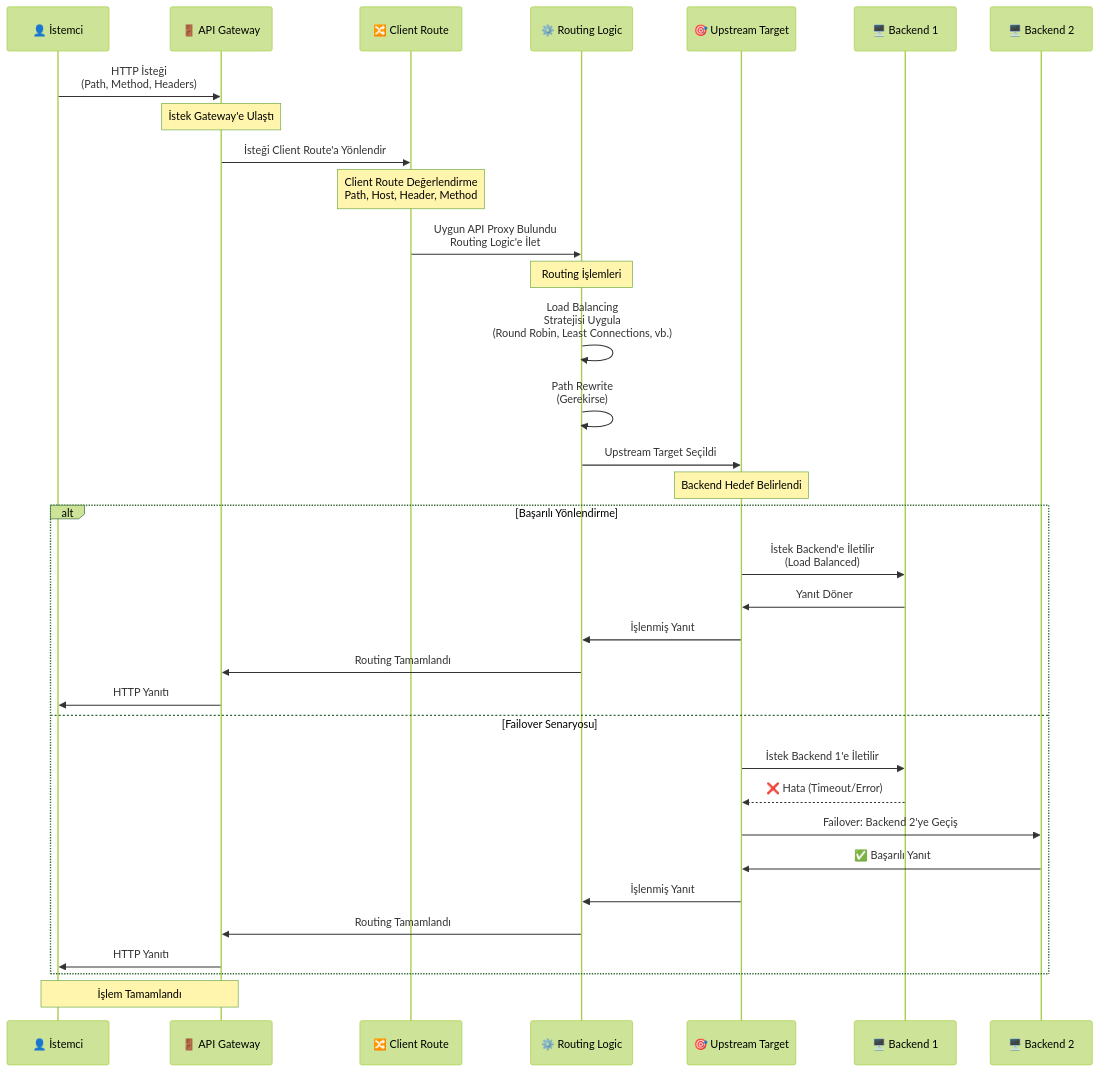
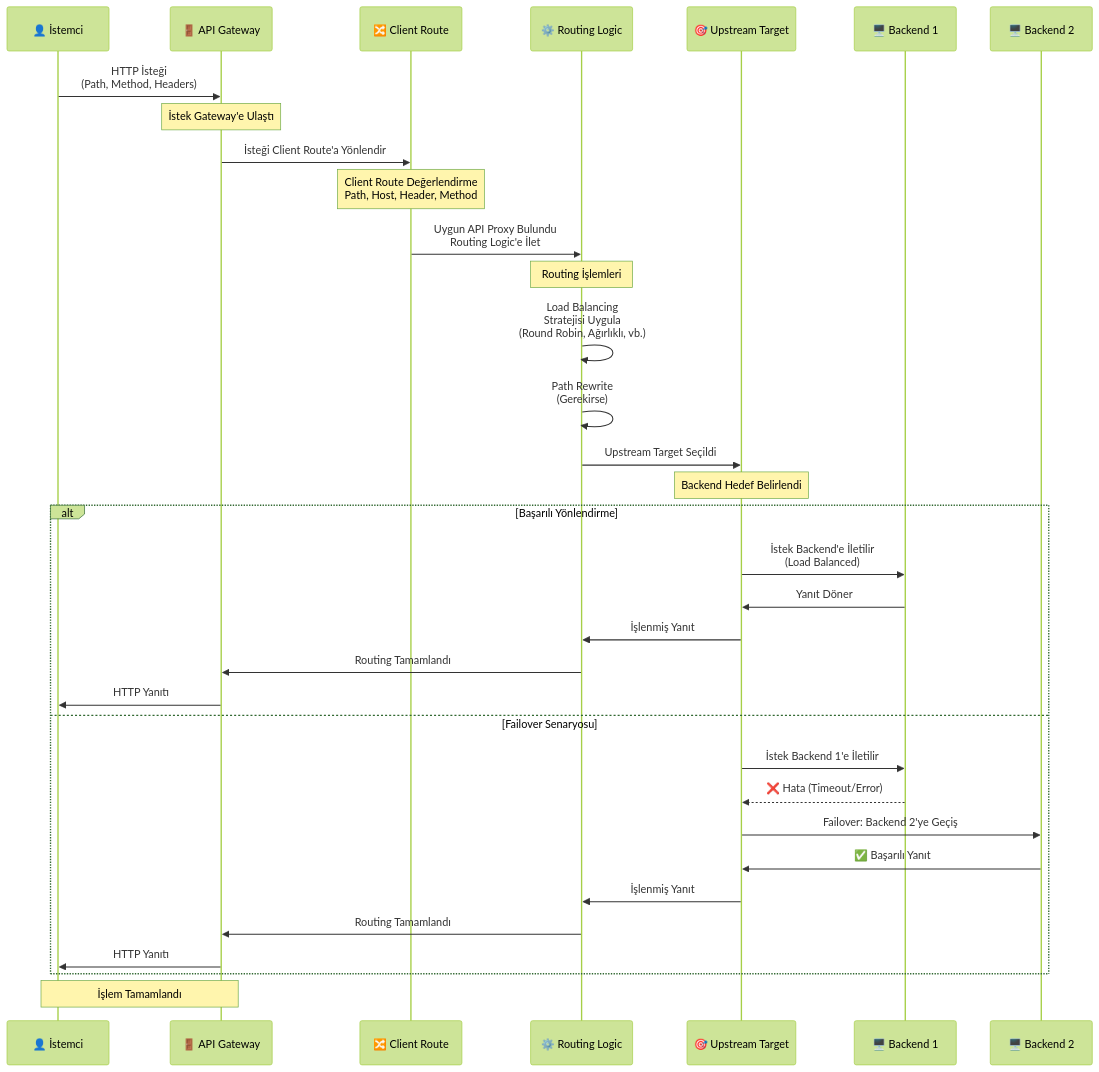
One commit to apinizer/docs changed the diagram in tr/concepts/temel-kavramlar/routing-ve-upstream.mdx. Above: the diagram before and after it, drawn with Mermaid (forest theme). The commit also changed other lines of this file and 134 other files, not shown here.

````diff
--- a/tr/concepts/temel-kavramlar/routing-ve-upstream.mdx
+++ b/tr/concepts/temel-kavramlar/routing-ve-upstream.mdx
@@ -26,48 +26,48 @@
 ```mermaid
 sequenceDiagram
     participant Client as 👤 İstemci
     participant Gateway as 🚪 API Gateway
     participant ClientRoute as 🔀 Client Route
     participant RoutingLogic as ⚙️ Routing Logic
     participant Upstream as 🎯 Upstream Target
     participant Backend1 as 🖥️ Backend 1
     participant Backend2 as 🖥️ Backend 2
     
     Client->>Gateway: HTTP İsteği<br/>(Path, Method, Headers)
     
     Note over Gateway: İstek Gateway'e Ulaştı
     
     Gateway->>ClientRoute: İsteği Client Route'a Yönlendir
     
     Note over ClientRoute: Client Route Değerlendirme<br/>Path, Host, Header, Method
     
     ClientRoute->>RoutingLogic: Uygun API Proxy Bulundu<br/>Routing Logic'e İlet
     
     Note over RoutingLogic: Routing İşlemleri
     
-    RoutingLogic->>RoutingLogic: Load Balancing<br/>Stratejisi Uygula<br/>(Round Robin, Least Connections, vb.)
+    RoutingLogic->>RoutingLogic: Load Balancing<br/>Stratejisi Uygula<br/>(Round Robin, Ağırlıklı, vb.)
     
     RoutingLogic->>RoutingLogic: Path Rewrite<br/>(Gerekirse)
     
     RoutingLogic->>Upstream: Upstream Target Seçildi
     
     Note over Upstream: Backend Hedef Belirlendi
     
     alt Başarılı Yönlendirme
         Upstream->>Backend1: İstek Backend'e İletilir<br/>(Load Balanced)
         Backend1->>Upstream: Yanıt Döner
         Upstream->>RoutingLogic: İşlenmiş Yanıt
         RoutingLogic->>Gateway: Routing Tamamlandı
         Gateway->>Client: HTTP Yanıtı
     else Failover Senaryosu
         Upstream->>Backend1: İstek Backend 1'e İletilir
         Backend1-->>Upstream: ❌ Hata (Timeout/Error)
         Upstream->>Backend2: Failover: Backend 2'ye Geçiş
         Backend2->>Upstream: ✅ Başarılı Yanıt
         Upstream->>RoutingLogic: İşlenmiş Yanıt
         RoutingLogic->>Gateway: Routing Tamamlandı
         Gateway->>Client: HTTP Yanıtı
     end
     
     Note over Client,Gateway: İşlem Tamamlandı
 ```
````
